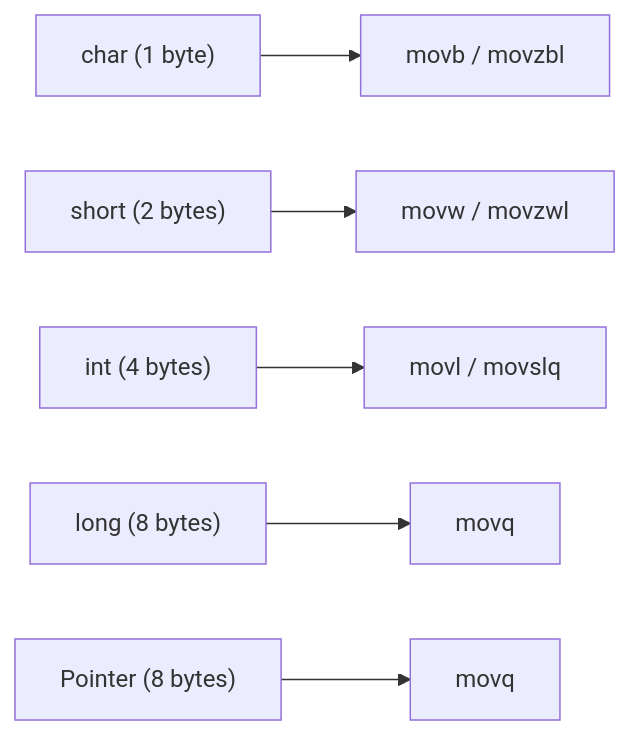
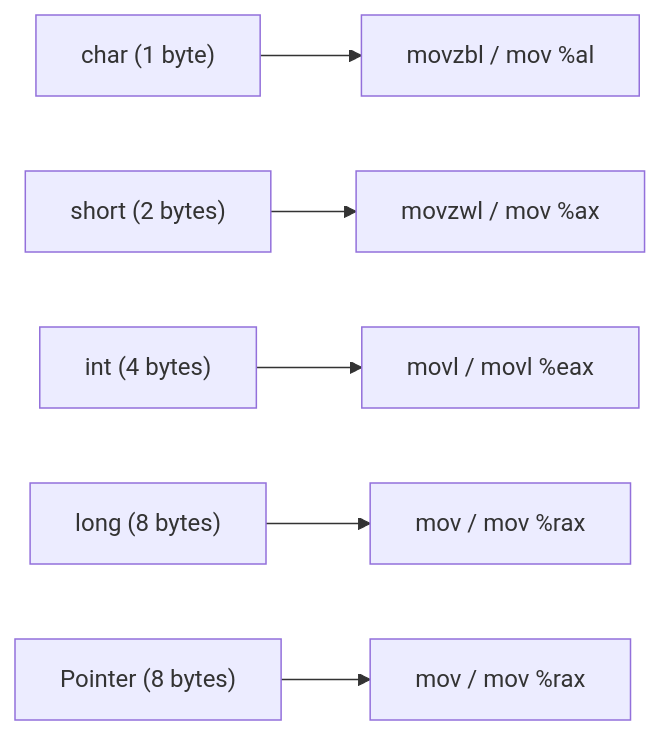
One commit to juno-yu/simple-howto-c-compiler-ximplec changed the diagram in 0018-type-aware-codegen/README.md. Above: the diagram before and after it, drawn with Mermaid. The commit also changed other lines of this file and 131 other files, not shown here.

````diff
--- a/0018-type-aware-codegen/README.md
+++ b/0018-type-aware-codegen/README.md
@@ -11,8 +11,8 @@
 ```mermaid
 graph LR
-    A["char (1 byte)"] --> B["movb / movzbl"]
-    C["short (2 bytes)"] --> D["movw / movzwl"]
-    E["int (4 bytes)"] --> F["movl / movslq"]
-    G["long (8 bytes)"] --> H["movq"]
-    I["Pointer (8 bytes)"] --> J["movq"]
+    A["char (1 byte)"] --> B["movzbl / mov %al"]
+    C["short (2 bytes)"] --> D["movzwl / mov %ax"]
+    E["int (4 bytes)"] --> F["movl / movl %eax"]
+    G["long (8 bytes)"] --> H["mov / mov %rax"]
+    I["Pointer (8 bytes)"] --> J["mov / mov %rax"]
 ```
````
